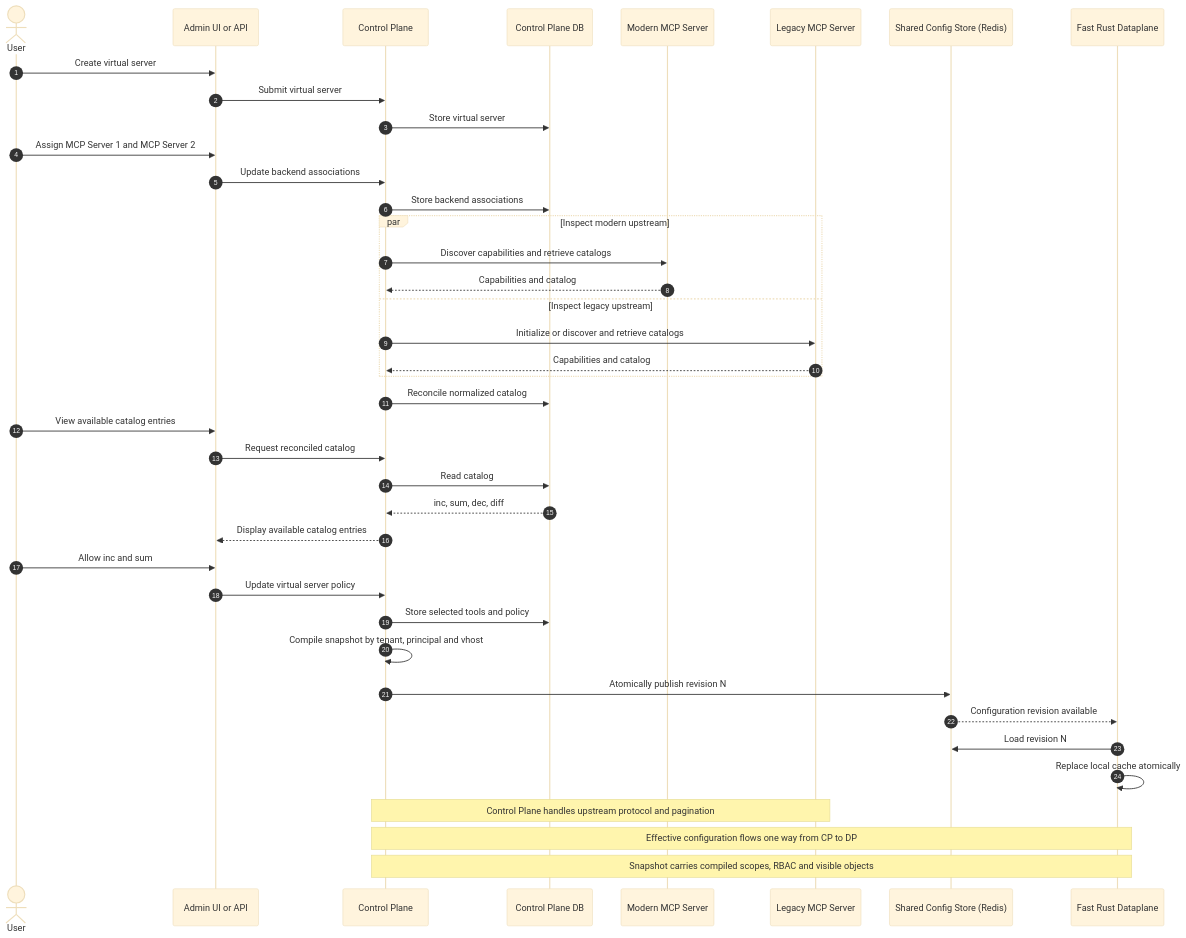
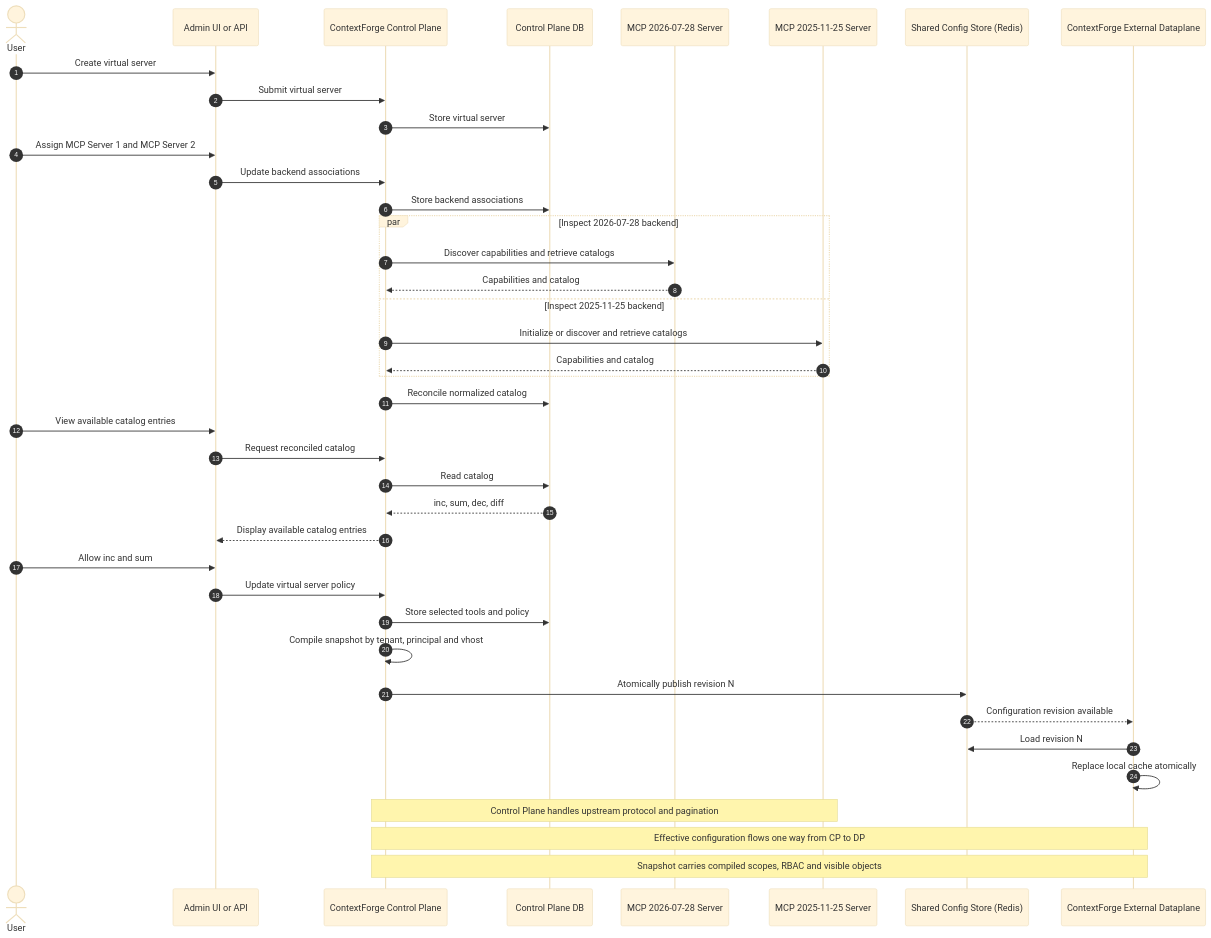
Before and after one commit to contextforge-gateway-rs/contextforge-gateway-rs: the second of 5 diagrams in _context/wiki/mcp-capability-allocation.md, drawn with Mermaid (base theme). The commit also changed other lines of this file and 11 other files, not shown here.

````diff
--- a/_context/wiki/mcp-capability-allocation.md
+++ b/_context/wiki/mcp-capability-allocation.md
@@ -170,49 +213,49 @@
 ```mermaid
 sequenceDiagram
     autonumber
     actor User
     participant UI as Admin UI or API
-    participant CP as Control Plane
+    participant CP as ContextForge Control Plane
     participant DB as Control Plane DB
-    participant MCP1 as Modern MCP Server
-    participant MCP2 as Legacy MCP Server
+    participant MCP1 as MCP 2026-07-28 Server
+    participant MCP2 as MCP 2025-11-25 Server
     participant Store as Shared Config Store (Redis)
-    participant DP as Fast Rust Dataplane
+    participant DP as ContextForge External Dataplane
 
     User->>UI: Create virtual server
     UI->>CP: Submit virtual server
     CP->>DB: Store virtual server
 
     User->>UI: Assign MCP Server 1 and MCP Server 2
     UI->>CP: Update backend associations
     CP->>DB: Store backend associations
 
-    par Inspect modern upstream
+    par Inspect 2026-07-28 backend
         CP->>MCP1: Discover capabilities and retrieve catalogs
         MCP1-->>CP: Capabilities and catalog
-    and Inspect legacy upstream
+    and Inspect 2025-11-25 backend
         CP->>MCP2: Initialize or discover and retrieve catalogs
         MCP2-->>CP: Capabilities and catalog
     end
 
     CP->>DB: Reconcile normalized catalog
     User->>UI: View available catalog entries
     UI->>CP: Request reconciled catalog
     CP->>DB: Read catalog
     DB-->>CP: inc, sum, dec, diff
     CP-->>UI: Display available catalog entries
 
     User->>UI: Allow inc and sum
     UI->>CP: Update virtual server policy
     CP->>DB: Store selected tools and policy
 
     CP->>CP: Compile snapshot by tenant, principal and vhost
     CP->>Store: Atomically publish revision N
     Store-->>DP: Configuration revision available
     DP->>Store: Load revision N
     DP->>DP: Replace local cache atomically
 
     Note over CP,MCP2: Control Plane handles upstream protocol and pagination
     Note over CP,DP: Effective configuration flows one way from CP to DP
     Note over CP,DP: Snapshot carries compiled scopes, RBAC and visible objects
 ```
````
